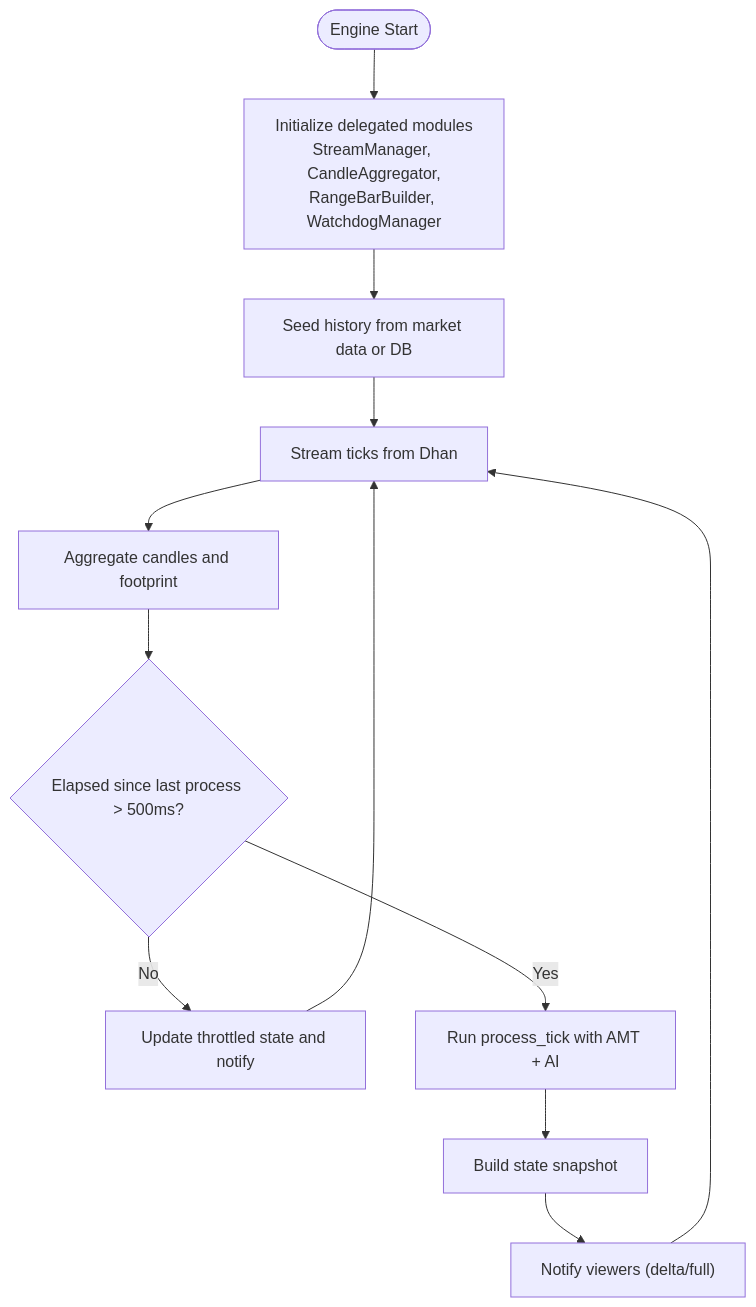
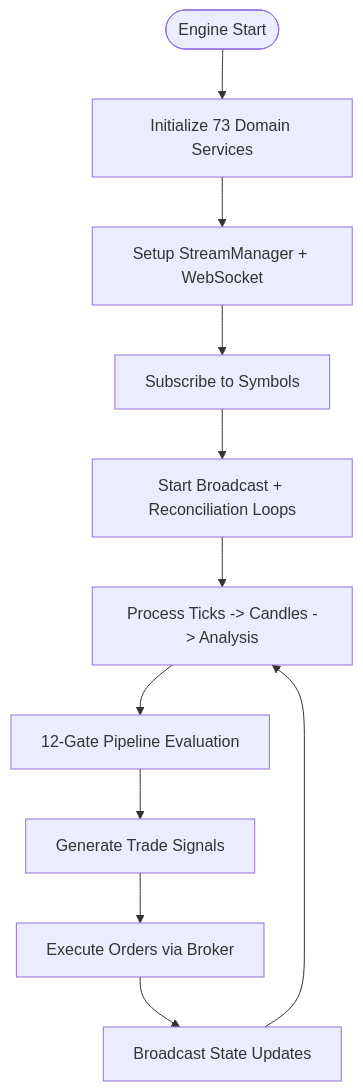
One commit to gemrajkhatry-maker/v5-of-glassytrade-ai changed the third of 4 diagrams in .qoder/repowiki/en/content/System Overview/System Overview.md. Above: the diagram before and after it, drawn with Mermaid. The commit also changed other lines of this file and 930 other files, not shown here.

````diff
--- a/.qoder/repowiki/en/content/System Overview/System Overview.md
+++ b/.qoder/repowiki/en/content/System Overview/System Overview.md
@@ -171,14 +166,13 @@
 ```mermaid
 flowchart TD
-Start(["Engine Start"]) --> Init["Initialize delegated modules<br/>StreamManager, CandleAggregator,<br/>RangeBarBuilder, WatchdogManager"]
-Init --> Seed["Seed history from market data or DB"]
-Seed --> Stream["Stream ticks from Dhan"]
-Stream --> Aggregate["Aggregate candles and footprint"]
-Aggregate --> Throttle{"Elapsed since last process > 500ms?"}
-Throttle --> |No| ThrottledState["Update throttled state and notify"]
-Throttle --> |Yes| Process["Run process_tick with AMT + AI"]
-Process --> Snapshot["Build state snapshot"]
-Snapshot --> Notify["Notify viewers (delta/full)"]
-Notify --> Stream
-ThrottledState --> Stream
+Start(["Engine Start"]) --> Init["Initialize 73 Domain Services"]
+Init --> Stream["Setup StreamManager + WebSocket"]
+Stream --> Subscribe["Subscribe to Symbols"]
+Subscribe --> Loops["Start Broadcast + Reconciliation Loops"]
+Loops --> Processing["Process Ticks -> Candles -> Analysis"]
+Processing --> GatePipeline["12-Gate Pipeline Evaluation"]
+GatePipeline --> SignalGen["Generate Trade Signals"]
+SignalGen --> Execution["Execute Orders via Broker"]
+Execution --> Broadcast["Broadcast State Updates"]
+Broadcast --> Processing
 ```
````
